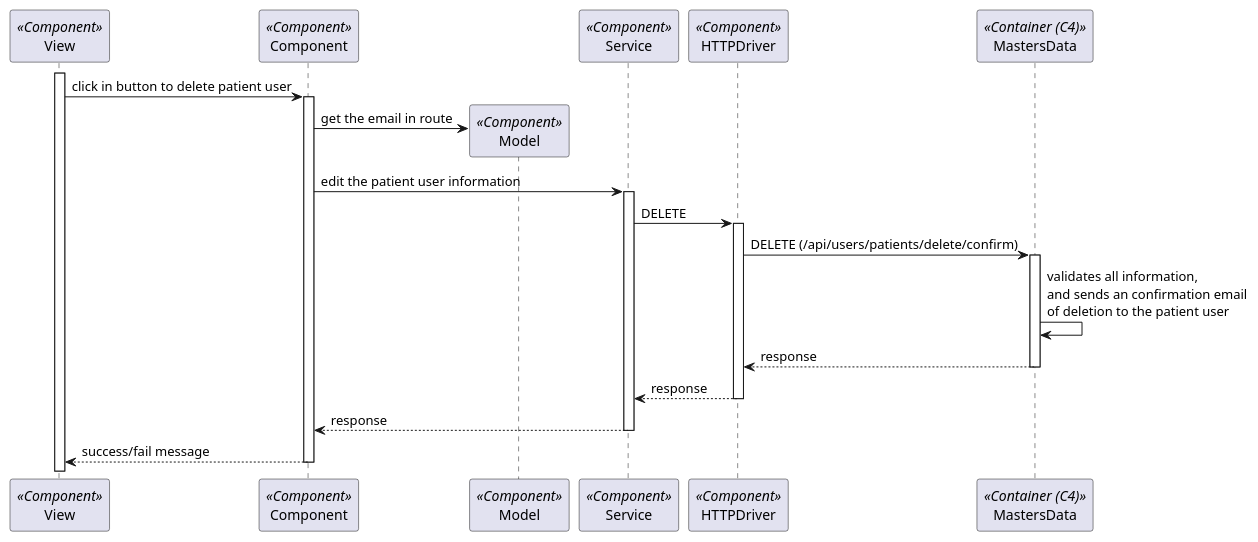
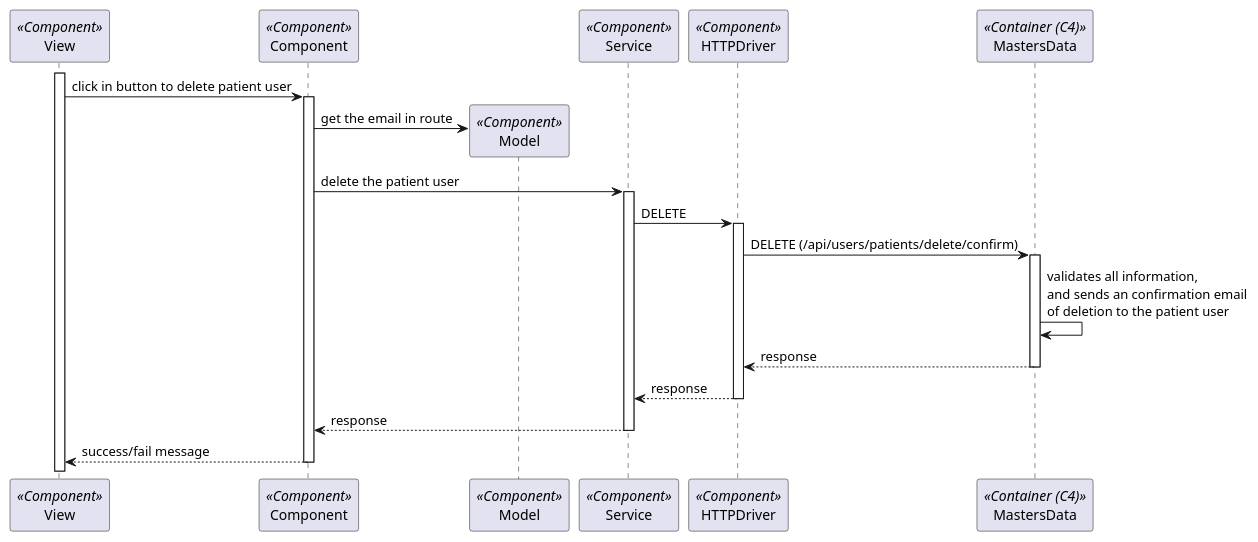
One commit to Rodrick0209/ISEP-SEM5PI-24-25 changed the diagram in docs/Sprint_2/Backoffice/US_6.2.3/L3/Process_View_Prior_Confirmation.puml. Above: the diagram before and after it, drawn with PlantUML. The commit also changed 1 other file, not shown here.

Commit message:
Fixed Prior confirmation diagram #25

```diff
--- a/docs/Sprint_2/Backoffice/US_6.2.3/L3/Process_View_Prior_Confirmation.puml
+++ b/docs/Sprint_2/Backoffice/US_6.2.3/L3/Process_View_Prior_Confirmation.puml
@@ -2,24 +2,24 @@
 @startuml Process_View_Prior_Confirmation
 participant View as View <<Component>>
 participant Component as Component <<Component>>
 participant Model as Model <<Component>>
 participant Service as Service <<Component>>
 participant HTTPDriver as HTTPDriver <<Component>>
 participant MastersData as BE <<Container (C4)>>
 
 activate View
 View -> Component: click in button to delete patient user
 activate Component
 Component -> Model**: get the email in route
-Component -> Service: edit the patient user information
+Component -> Service: delete the patient user
 activate Service
 Service -> HTTPDriver: DELETE
 activate HTTPDriver
 HTTPDriver -> BE: DELETE (/api/users/patients/delete/confirm)
 activate BE
 BE -> BE: validates all information,\nand sends an confirmation email\nof deletion to the patient user
 return response
 return response
 return response
 return success/fail message
 @enduml
```
